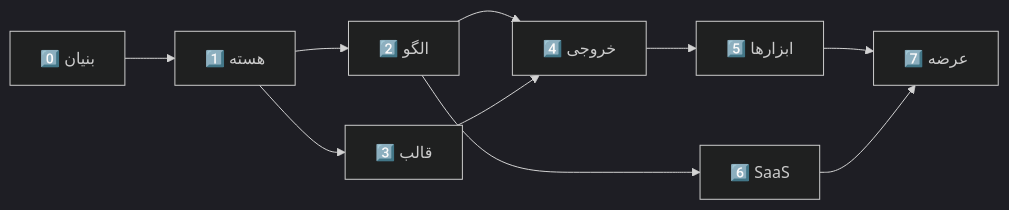
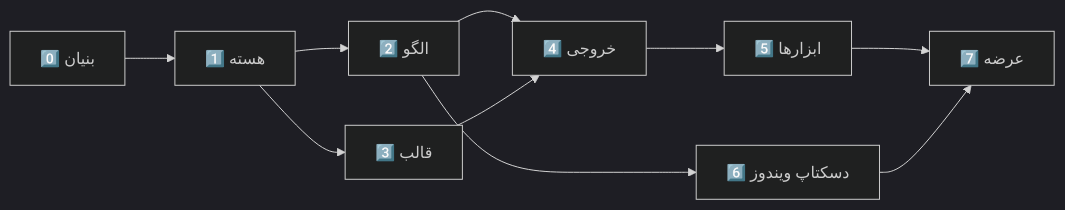
The diagram in patturn-rebuild/12-PHASE-PROMPTS.md (pranses2011/Sahand_Patturn), drawn with Mermaid (dark theme) before and after one commit. The commit also changed other lines of this file and 7 other files, not shown here.

First line of the commit message:
اصلاح اسناد برای نسخهٔ دسکتاپ ویندوز آفلاین + اطلاعات نویسنده

````diff
--- a/patturn-rebuild/12-PHASE-PROMPTS.md
+++ b/patturn-rebuild/12-PHASE-PROMPTS.md
@@ -464,12 +469,12 @@
 ```mermaid
 graph LR
     A["0️⃣ بنیان"] --> B["1️⃣ هسته"]
     B --> C["2️⃣ الگو"]
     B --> D["3️⃣ قالب"]
     C --> E["4️⃣ خروجی"]
     D --> E
     E --> F["5️⃣ ابزارها"]
-    C --> G["6️⃣ SaaS"]
+    C --> G["6️⃣ دسکتاپ ویندوز"]
     F --> H["7️⃣ عرضه"]
     G --> H
 ```
````
